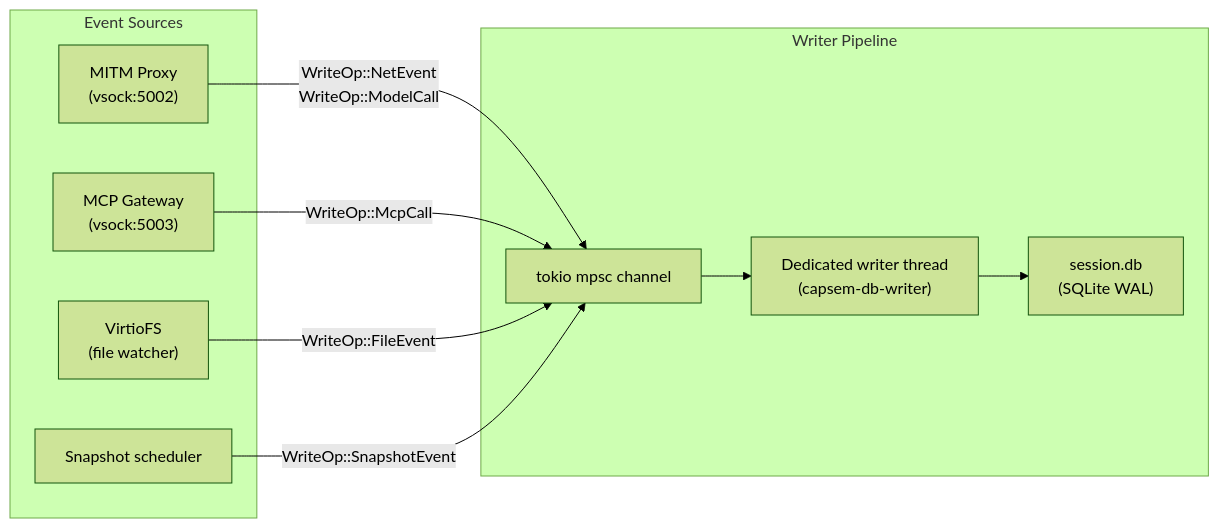
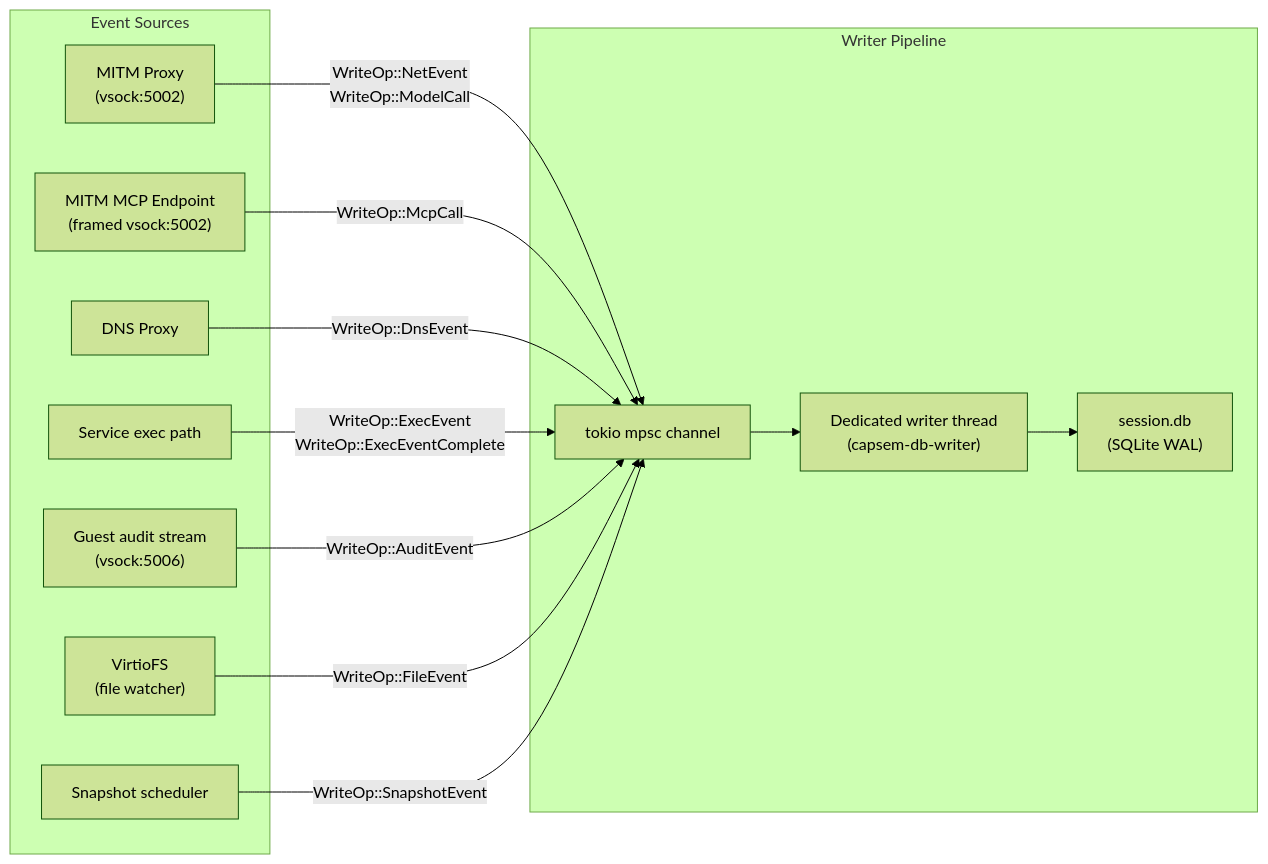
One commit to google/capsem changed the second of 3 diagrams in docs/src/content/docs/architecture/session-telemetry.md. Above: the diagram before and after it, drawn with Mermaid (forest theme). The commit also changed other lines of this file and 552 other files, not shown here.

````diff
--- a/docs/src/content/docs/architecture/session-telemetry.md
+++ b/docs/src/content/docs/architecture/session-telemetry.md
@@ -213,22 +319,28 @@
 ```mermaid
 graph LR
     subgraph "Event Sources"
         MITM["MITM Proxy<br/>(vsock:5002)"]
-        MCP["MCP Gateway<br/>(vsock:5003)"]
+        MCP["MITM MCP Endpoint<br/>(framed vsock:5002)"]
+        DNS["DNS Proxy"]
+        EXEC["Service exec path"]
+        AUDIT["Guest audit stream<br/>(vsock:5006)"]
         FS["VirtioFS<br/>(file watcher)"]
         SNAP["Snapshot scheduler"]
     end
 
     subgraph "Writer Pipeline"
         CH["tokio mpsc channel"]
         WT["Dedicated writer thread<br/>(capsem-db-writer)"]
         DB["session.db<br/>(SQLite WAL)"]
     end
 
     MITM -->|"WriteOp::NetEvent<br/>WriteOp::ModelCall"| CH
     MCP -->|"WriteOp::McpCall"| CH
+    DNS -->|"WriteOp::DnsEvent"| CH
+    EXEC -->|"WriteOp::ExecEvent<br/>WriteOp::ExecEventComplete"| CH
+    AUDIT -->|"WriteOp::AuditEvent"| CH
     FS -->|"WriteOp::FileEvent"| CH
     SNAP -->|"WriteOp::SnapshotEvent"| CH
     CH --> WT
     WT --> DB
 ```
````
